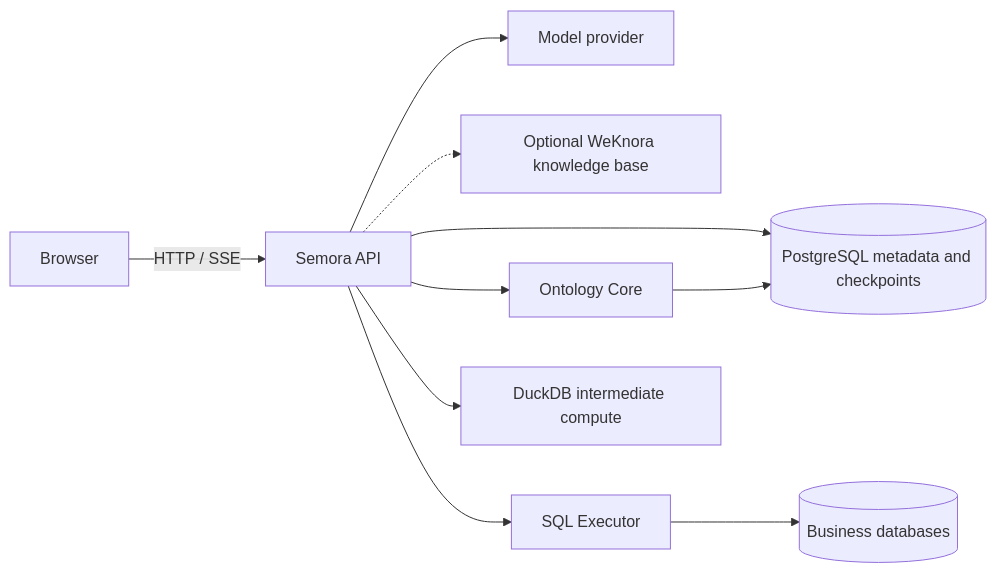
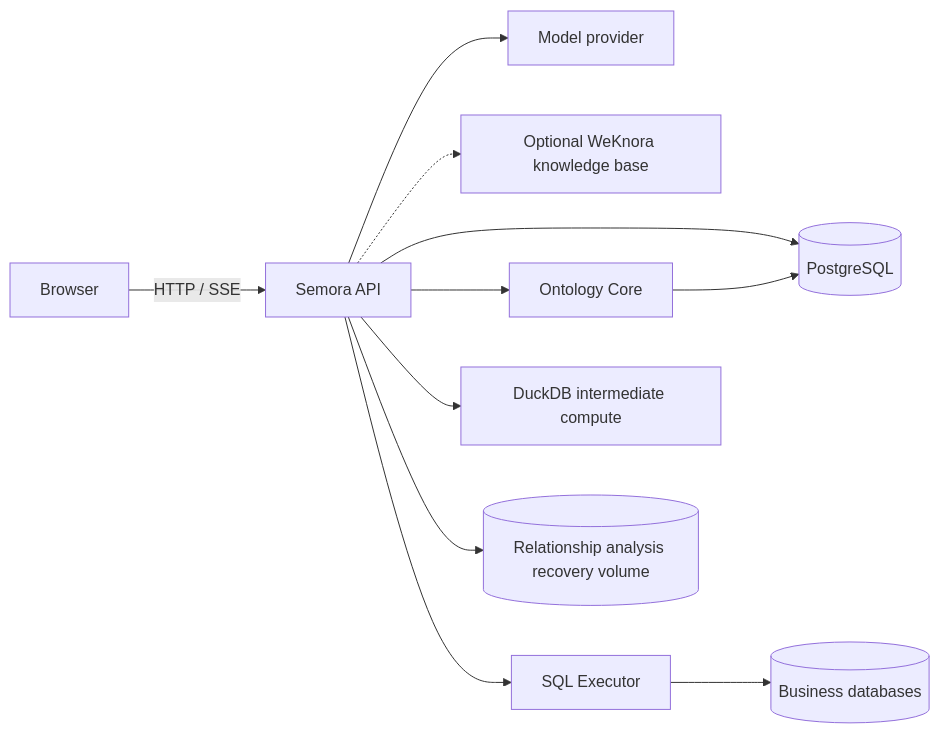
The third of 3 diagrams in README.md (aikernix/semora-community), drawn with Mermaid before and after one commit. The commit also changed other lines of this file and 1 other file, not shown here.

Commit message:
Distinguish query and relationship recovery storage

````diff
--- a/README.md
+++ b/README.md
@@ -61,12 +61,13 @@
 ```mermaid
 flowchart LR
     U["Browser"] -->|HTTP / SSE| A["Semora API"]
     A --> M["Model provider"]
     A -.-> K["Optional WeKnora knowledge base"]
     A --> O["Ontology Core"]
     A --> E["SQL Executor"]
     E --> D[("Business databases")]
     A --> Q["DuckDB intermediate compute"]
-    A --> P[("PostgreSQL metadata and checkpoints")]
+    A --> P[("PostgreSQL")]
     O --> P
+    A --> R[("Relationship analysis recovery volume")]
 ```
````
